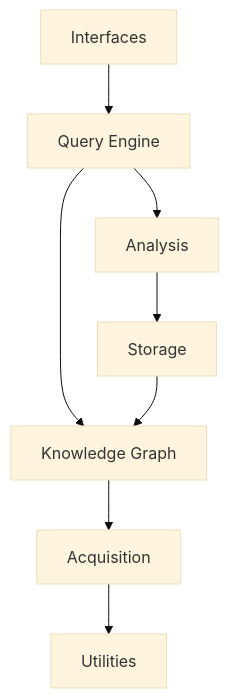
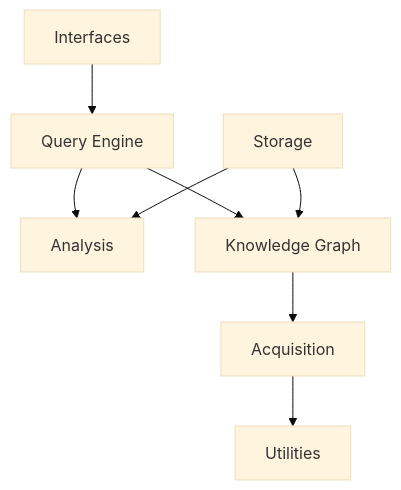
Before and after one commit to akash1047/kode: the fourth of 5 diagrams in docs/ARCHITECTURE.md, drawn with Mermaid (base theme). The commit also changed other lines of this file and 10 other files, not shown here.

````diff
--- a/docs/ARCHITECTURE.md
+++ b/docs/ARCHITECTURE.md
@@ -277,25 +277,25 @@
 ```mermaid
 flowchart TD
 
 Interfaces
 
 QueryEngine["Query Engine"]
 
 Analysis
 
 Storage
 
 KnowledgeGraph["Knowledge Graph"]
 
 Acquisition
 
 Utilities
 
 Interfaces --> QueryEngine
 QueryEngine --> Analysis
 QueryEngine --> KnowledgeGraph
-Analysis --> Storage
+Storage --> Analysis
 Storage --> KnowledgeGraph
 KnowledgeGraph --> Acquisition
 Acquisition --> Utilities
 ```
````
